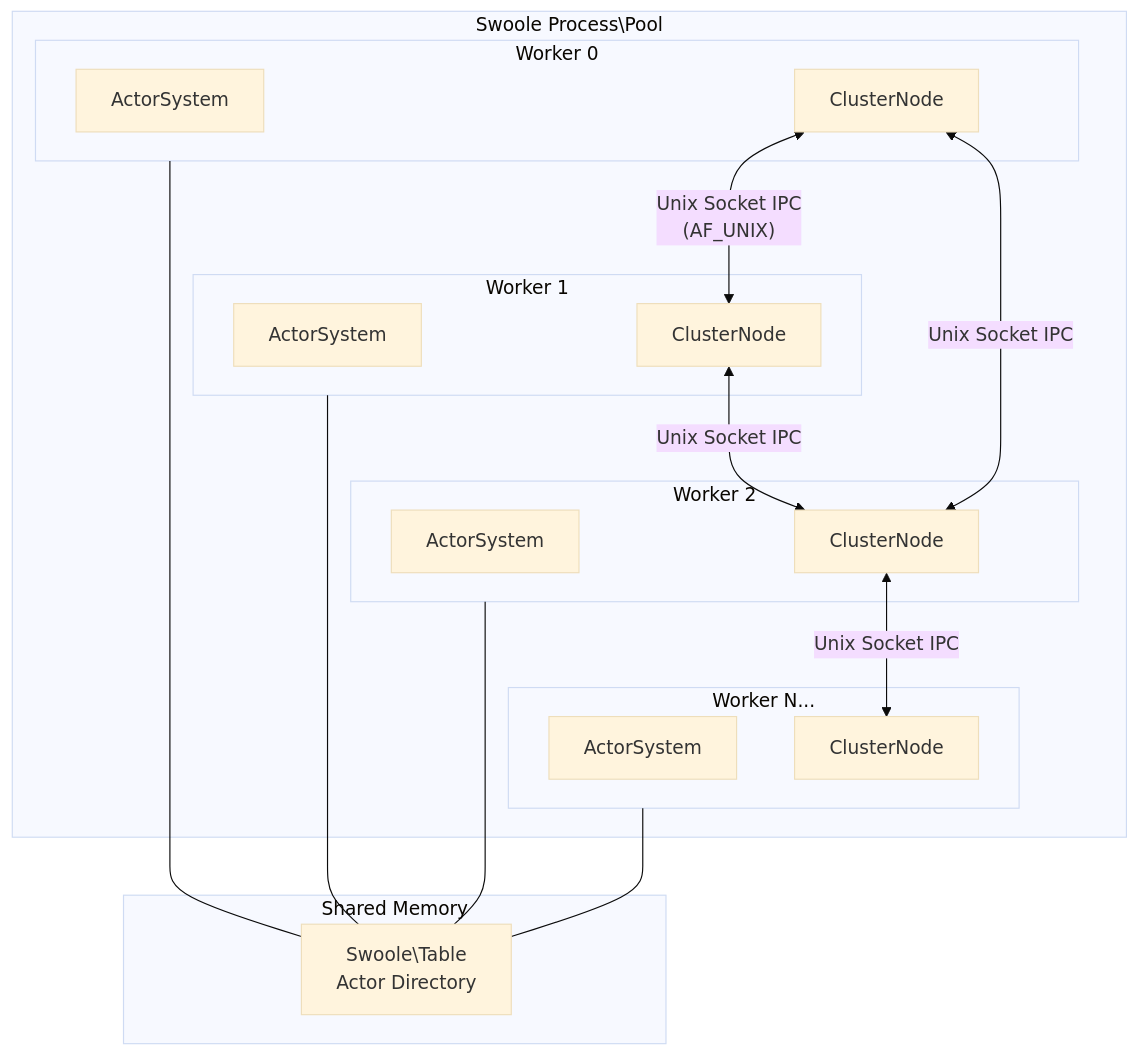
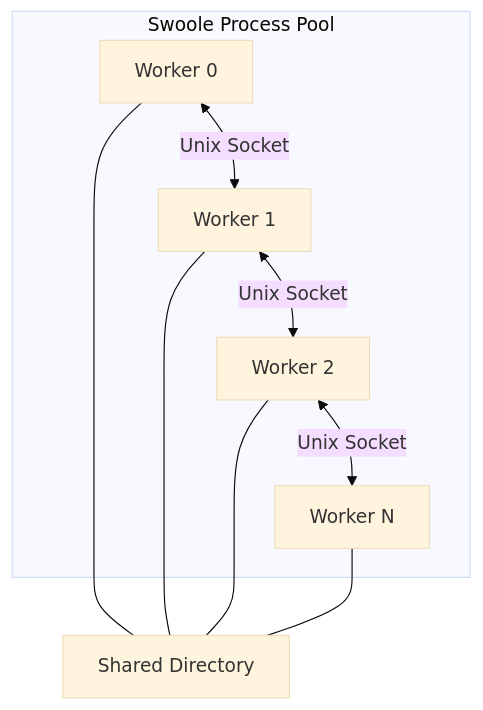
One commit to nexus-actors/nexus changed the first of 3 diagrams in website/docs/scaling/overview.md. Above: the diagram before and after it, drawn with Mermaid (base theme). The commit also changed other lines of this file and 19 other files, not shown here.

First line of the commit message:
refactor: simplify diagrams, remove benchmark viz, use Swoole 6.2.0-rc1

````diff
--- a/website/docs/scaling/overview.md
+++ b/website/docs/scaling/overview.md
@@ -24,35 +24,20 @@
 ```mermaid
 graph TB
-    subgraph pool["Swoole Process\Pool"]
-        subgraph w0["Worker 0"]
-            AS0["ActorSystem"]
-            CN0["ClusterNode"]
-        end
-        subgraph w1["Worker 1"]
-            AS1["ActorSystem"]
-            CN1["ClusterNode"]
-        end
-        subgraph w2["Worker 2"]
-            AS2["ActorSystem"]
-            CN2["ClusterNode"]
-        end
-        subgraph w3["Worker N..."]
-            AS3["ActorSystem"]
-            CN3["ClusterNode"]
-        end
+    subgraph pool["Swoole Process Pool"]
+        W0["Worker 0"]
+        W1["Worker 1"]
+        W2["Worker 2"]
+        WN["Worker N"]
     end
 
-    CN0 <-->|"Unix Socket IPC<br/>(AF_UNIX)"| CN1
-    CN1 <-->|"Unix Socket IPC"| CN2
-    CN2 <-->|"Unix Socket IPC"| CN3
-    CN0 <-->|"Unix Socket IPC"| CN2
+    W0 <-->|"Unix Socket"| W1
+    W1 <-->|"Unix Socket"| W2
+    W2 <-->|"Unix Socket"| WN
 
-    subgraph shared["Shared Memory"]
-        ST["Swoole\Table<br/>Actor Directory"]
-    end
+    SD["Shared Directory"]
 
-    w0 --- ST
-    w1 --- ST
-    w2 --- ST
-    w3 --- ST
+    W0 --- SD
+    W1 --- SD
+    W2 --- SD
+    WN --- SD
 ```
````
